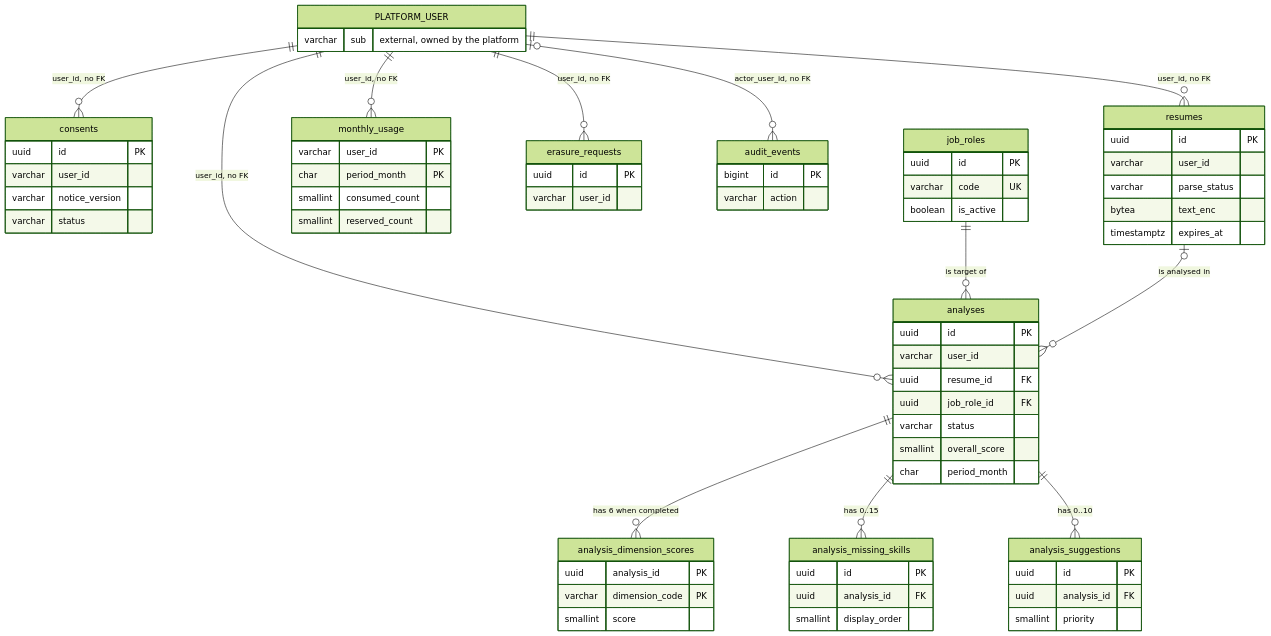
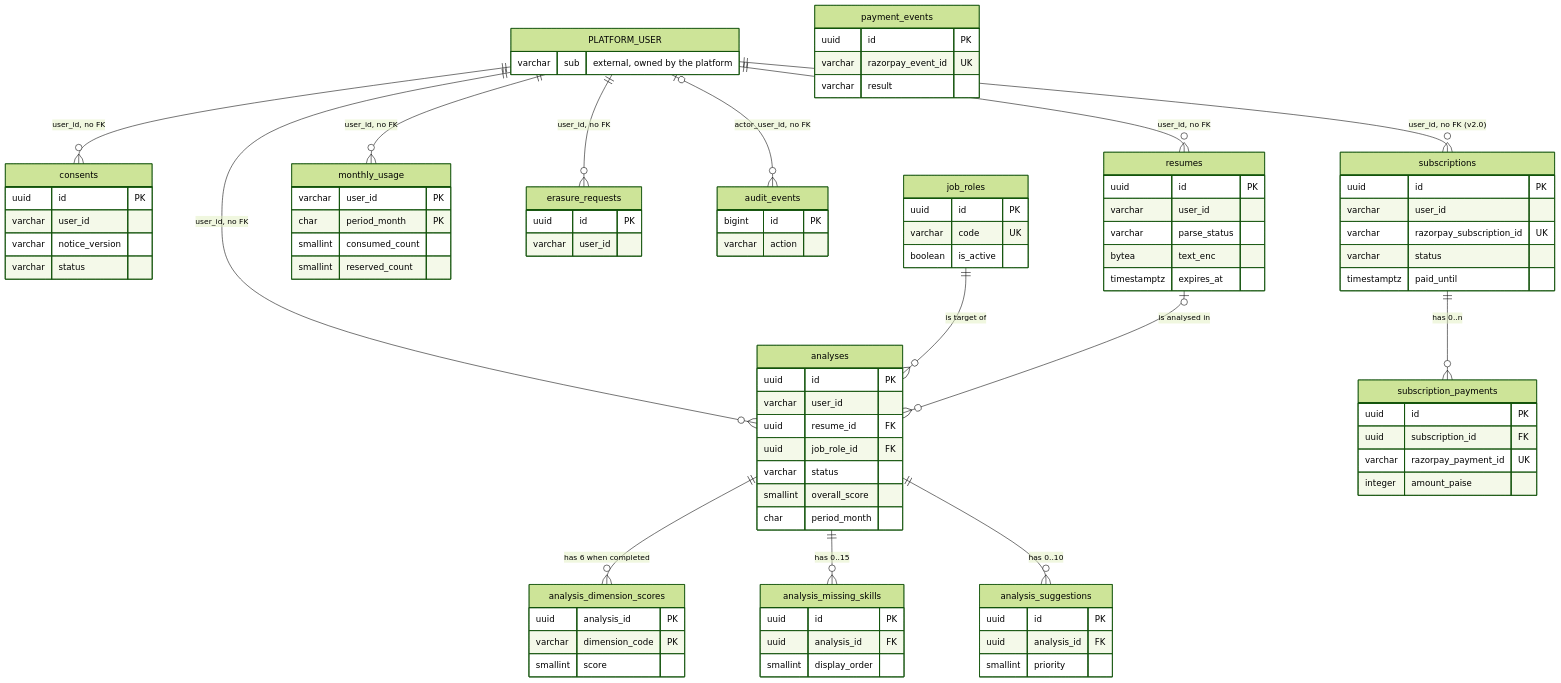
Before and after one commit to divii-school/spec-homework: diagram 15 of 15 in neeraj/spec.md, drawn with Mermaid (forest theme). The commit also changed other lines of this file, not shown here.

Commit message:
round 2: DB for Resume Pro - TBL-011 subscriptions, TBL-012 subscription_payments, TBL-013 payment_events, PRO usage counters, audit actions, indexes, delete rules, personal data inventory (section 5)

````diff
--- a/neeraj/spec.md
+++ b/neeraj/spec.md
@@ -1948,6 +1948,8 @@
   PLATFORM_USER ||--o{ monthly_usage : "user_id, no FK"
   PLATFORM_USER ||--o{ erasure_requests : "user_id, no FK"
   PLATFORM_USER |o--o{ audit_events : "actor_user_id, no FK"
+  PLATFORM_USER ||--o{ subscriptions : "user_id, no FK (v2.0)"
+  subscriptions ||--o{ subscription_payments : "has 0..n"
   job_roles ||--o{ analyses : "is target of"
   resumes |o--o{ analyses : "is analysed in"
   analyses ||--o{ analysis_dimension_scores : "has 6 when completed"
@@ -2013,4 +2015,22 @@
     bigint id PK
     varchar action
   }
+  subscriptions {
+    uuid id PK
+    varchar user_id
+    varchar razorpay_subscription_id UK
+    varchar status
+    timestamptz paid_until
+  }
+  subscription_payments {
+    uuid id PK
+    uuid subscription_id FK
+    varchar razorpay_payment_id UK
+    integer amount_paise
+  }
+  payment_events {
+    uuid id PK
+    varchar razorpay_event_id UK
+    varchar result
+  }
 ```
````
